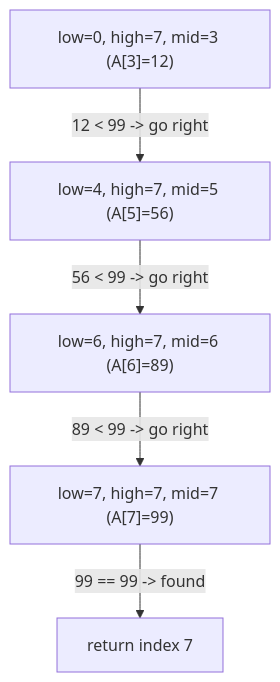
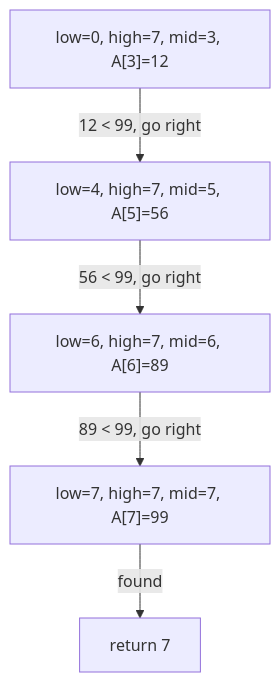
Before and after one commit to norbutlepcha25/CSF302: the diagram in docs/unit4/topic5.md, drawn with Mermaid. The commit also changed other lines of this file and 79 other files, not shown here.

````diff
--- a/docs/unit4/topic5.md
+++ b/docs/unit4/topic5.md
@@ -158,7 +120,7 @@
 ```mermaid
 flowchart TD
-    A["low=0, high=7, mid=3 (A[3]=12)"] -->|"12 < 99 -> go right"| B["low=4, high=7, mid=5 (A[5]=56)"]
-    B -->|"56 < 99 -> go right"| C["low=6, high=7, mid=6 (A[6]=89)"]
-    C -->|"89 < 99 -> go right"| D["low=7, high=7, mid=7 (A[7]=99)"]
-    D -->|"99 == 99 -> found"| E["return index 7"]
+    A["low=0, high=7, mid=3, A[3]=12"] -->|"12 < 99, go right"| B["low=4, high=7, mid=5, A[5]=56"]
+    B -->|"56 < 99, go right"| C["low=6, high=7, mid=6, A[6]=89"]
+    C -->|"89 < 99, go right"| D["low=7, high=7, mid=7, A[7]=99"]
+    D -->|"found"| E["return 7"]
 ```
````
